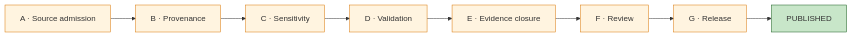
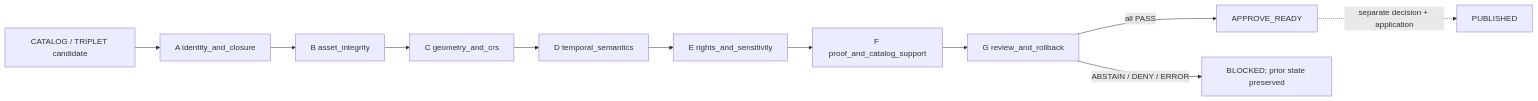
Before and after one commit to bartytime4life/Kansas-Frontier-Matrix: the diagram in docs/architecture/publication/promotion-gates.md, drawn with Mermaid. The commit also changed other lines of this file, not shown here.

````diff
--- a/docs/architecture/publication/promotion-gates.md
+++ b/docs/architecture/publication/promotion-gates.md
@@ -82,6 +162,13 @@
 ```mermaid
 flowchart LR
-  classDef g fill:#fff4e0,stroke:#d97706;
-  classDef p fill:#c8e6c9,stroke:#1b5e20;
-  A["A · Source admission"]:::g --> B["B · Provenance"]:::g --> C["C · Sensitivity"]:::g --> D["D · Validation"]:::g --> E["E · Evidence closure"]:::g --> F["F · Review"]:::g --> G["G · Release"]:::g --> PUB["PUBLISHED"]:::p
+  C["CATALOG / TRIPLET candidate"] --> A["A identity_and_closure"]
+  A --> B["B asset_integrity"]
+  B --> C1["C geometry_and_crs"]
+  C1 --> D["D temporal_semantics"]
+  D --> E["E rights_and_sensitivity"]
+  E --> F["F proof_and_catalog_support"]
+  F --> G["G review_and_rollback"]
+  G -->|all PASS| R["APPROVE_READY"]
+  G -->|ABSTAIN / DENY / ERROR| H["BLOCKED; prior state preserved"]
+  R -. "separate decision + application" .-> P["PUBLISHED"]
 ```
````
